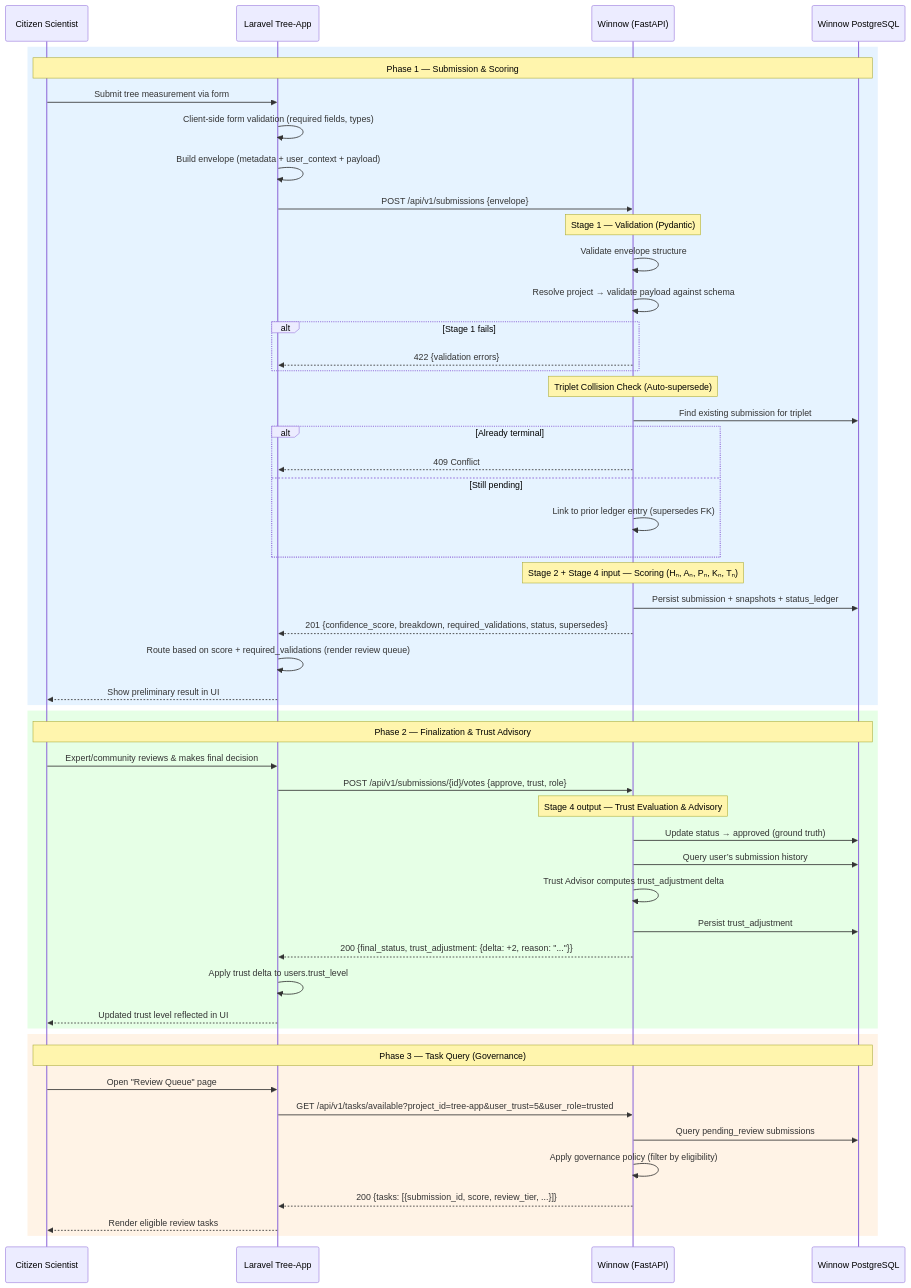
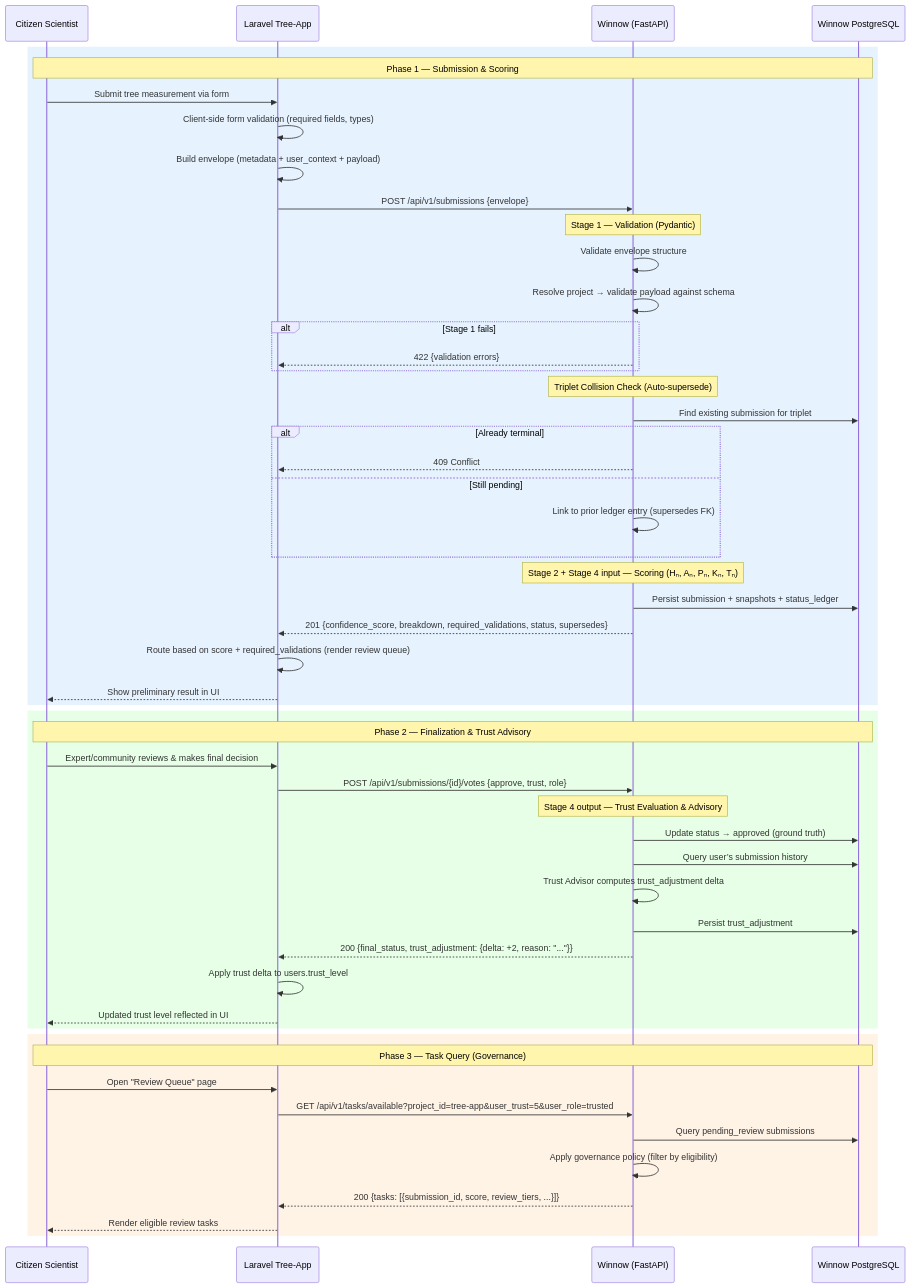
Before and after one commit to leyyce/winnow: the third of 5 diagrams in docs/architecture/03_api_contracts.md, drawn with Mermaid. The commit also changed other lines of this file and 8 other files, not shown here.

````diff
--- a/docs/architecture/03_api_contracts.md
+++ b/docs/architecture/03_api_contracts.md
@@ -403,61 +413,61 @@
 ```mermaid
 sequenceDiagram
     participant User as Citizen Scientist
     participant Laravel as Laravel Tree-App
     participant Winnow as Winnow (FastAPI)
     participant WinnowDB as Winnow PostgreSQL
 
     rect rgb(230, 243, 255)
     Note over User,WinnowDB: Phase 1 — Submission & Scoring
     User->>Laravel: Submit tree measurement via form
     Laravel->>Laravel: Client-side form validation (required fields, types)
     Laravel->>Laravel: Build envelope (metadata + user_context + payload)
     Laravel->>Winnow: POST /api/v1/submissions {envelope}
 
     Note over Winnow: Stage 1 — Validation (Pydantic)
     Winnow->>Winnow: Validate envelope structure
     Winnow->>Winnow: Resolve project → validate payload against schema
     alt Stage 1 fails
         Winnow-->>Laravel: 422 {validation errors}
     end
 
     Note over Winnow: Triplet Collision Check (Auto-supersede)
     Winnow->>WinnowDB: Find existing submission for triplet
     alt Already terminal
         Winnow-->>Laravel: 409 Conflict
     else Still pending
         Winnow->>Winnow: Link to prior ledger entry (supersedes FK)
     end
 
     Note over Winnow: Stage 2 + Stage 4 input — Scoring (Hₙ, Aₙ, Pₙ, Kₙ, Tₙ)
     Winnow->>WinnowDB: Persist submission + snapshots + status_ledger
     Winnow-->>Laravel: 201 {confidence_score, breakdown, required_validations, status, supersedes}
     Laravel->>Laravel: Route based on score + required_validations (render review queue)
     Laravel-->>User: Show preliminary result in UI
     end
 
     rect rgb(230, 255, 230)
     Note over User,WinnowDB: Phase 2 — Finalization & Trust Advisory
     User->>Laravel: Expert/community reviews & makes final decision
     Laravel->>Winnow: POST /api/v1/submissions/{id}/votes {approve, trust, role}
 
     Note over Winnow: Stage 4 output — Trust Evaluation & Advisory
     Winnow->>WinnowDB: Update status → approved (ground truth)
     Winnow->>WinnowDB: Query user’s submission history
     Winnow->>Winnow: Trust Advisor computes trust_adjustment delta
     Winnow->>WinnowDB: Persist trust_adjustment
     Winnow-->>Laravel: 200 {final_status, trust_adjustment: {delta: +2, reason: "..."}}
     Laravel->>Laravel: Apply trust delta to users.trust_level
     Laravel-->>User: Updated trust level reflected in UI
     end
 
     rect rgb(255, 243, 230)
     Note over User,WinnowDB: Phase 3 — Task Query (Governance)
     User->>Laravel: Open "Review Queue" page
     Laravel->>Winnow: GET /api/v1/tasks/available?project_id=tree-app&user_trust=5&user_role=trusted
     Winnow->>WinnowDB: Query pending_review submissions
     Winnow->>Winnow: Apply governance policy (filter by eligibility)
-    Winnow-->>Laravel: 200 {tasks: [{submission_id, score, review_tier, ...}]}
+    Winnow-->>Laravel: 200 {tasks: [{submission_id, score, review_tiers, ...}]}
     Laravel-->>User: Render eligible review tasks
     end
 ```
````
